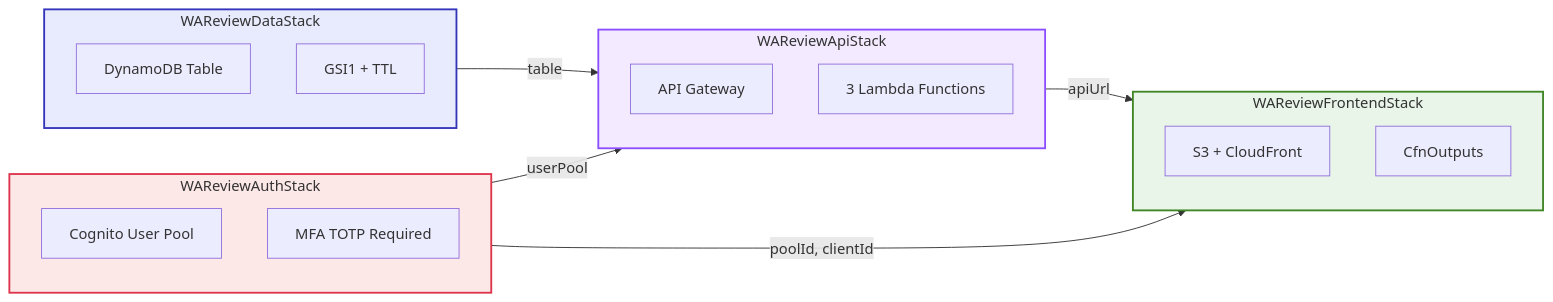
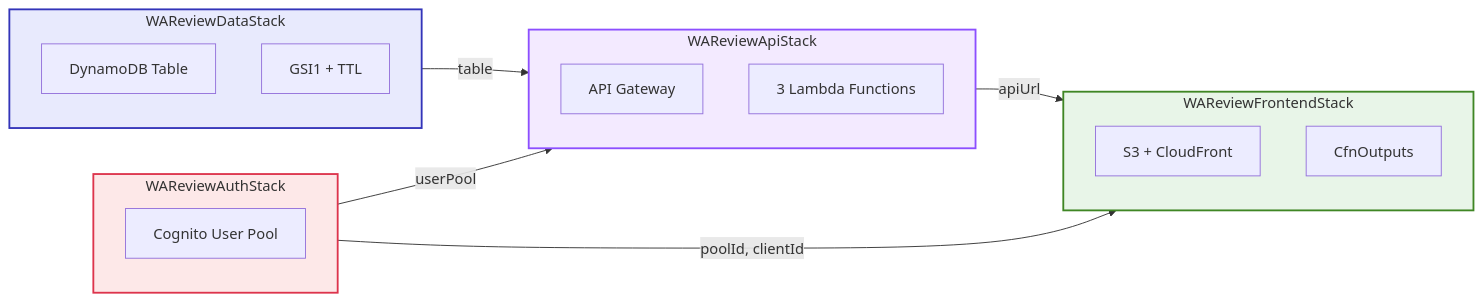
The second of 7 diagrams in README.md (konsudtai/com7wafr), drawn with Mermaid before and after one commit. The commit also changed other lines of this file and 3 other files, not shown here.

First line of the commit message:
feat: remove MFA from login flow, add show/hide password toggle

````diff
--- a/README.md
+++ b/README.md
@@ -170,36 +170,35 @@
 ```mermaid
 graph LR
     classDef au fill:#FDE8E8,stroke:#DD344C,stroke-width:2px
     classDef da fill:#E8EAFD,stroke:#3334B9,stroke-width:2px
     classDef ap fill:#F3EAFF,stroke:#8C4FFF,stroke-width:2px
     classDef fe fill:#E8F5E8,stroke:#3F8624,stroke-width:2px
 
     subgraph S1 [" WAReviewAuthStack "]
         A1[Cognito User Pool]
-        A2[MFA TOTP Required]
     end
     S1:::au
 
     subgraph S2 [" WAReviewDataStack "]
         D1[DynamoDB Table]
         D2[GSI1 + TTL]
     end
     S2:::da
 
     subgraph S3 [" WAReviewApiStack "]
         G1[API Gateway]
         G2[3 Lambda Functions]
     end
     S3:::ap
 
     subgraph S4 [" WAReviewFrontendStack "]
         F1[S3 + CloudFront]
         F2[CfnOutputs]
     end
     S4:::fe
 
     S1 -->|userPool| S3
     S2 -->|table| S3
     S3 -->|apiUrl| S4
     S1 -->|poolId, clientId| S4
 ```
````
